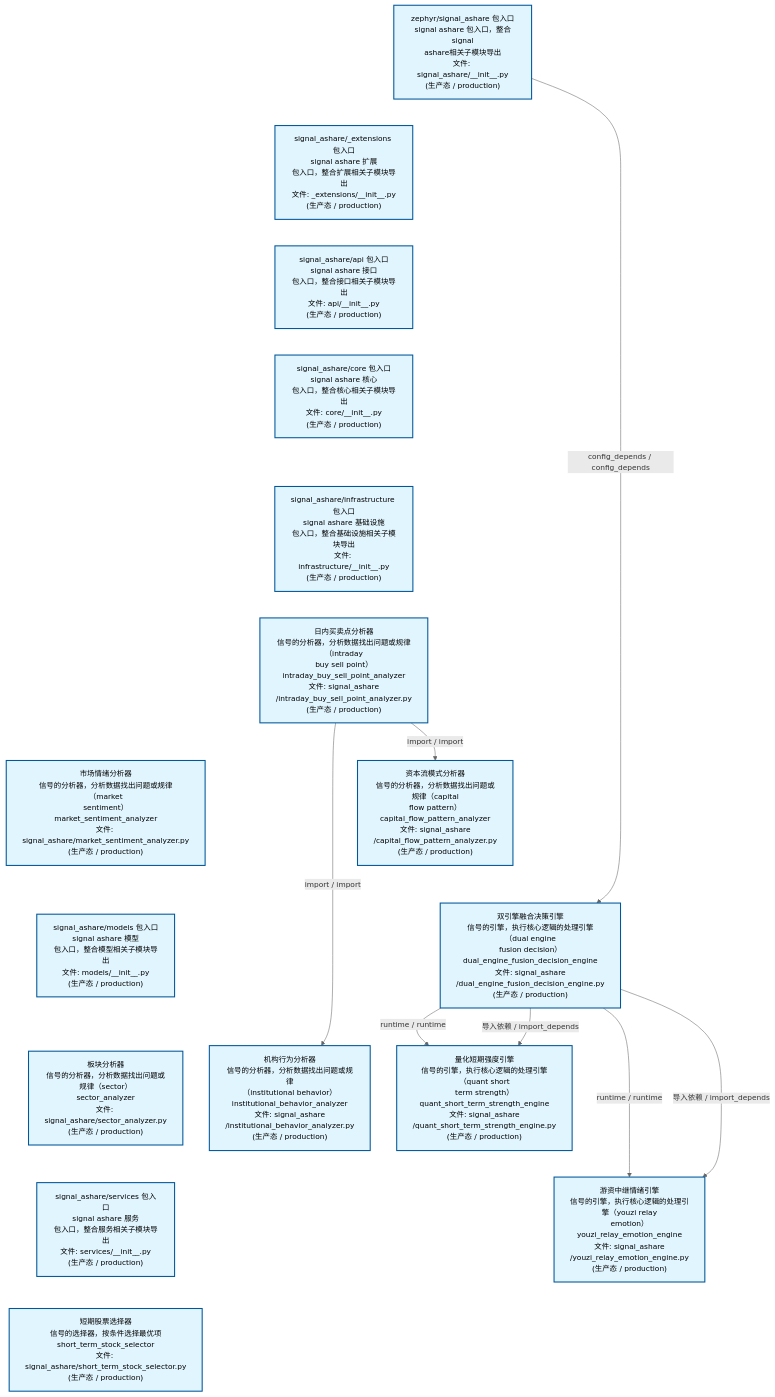
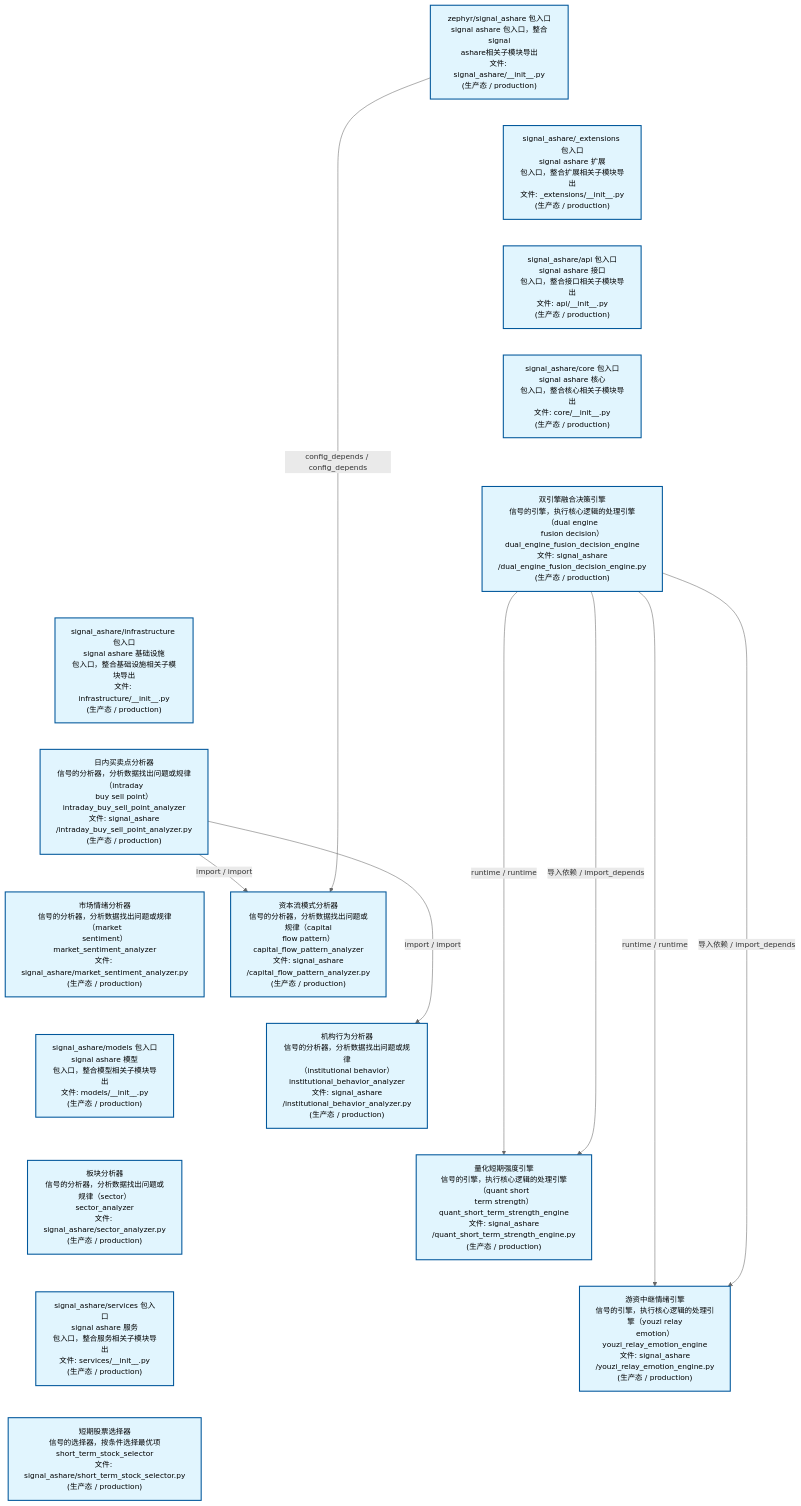
One commit to xuanFelixVan/ZephyrAlpha changed the second of 4 diagrams in docs/02_enterprise_architecture/02_domain_architecture_docs/32_d_ashare_signal.md. Above: the diagram before and after it, drawn with Mermaid. The commit also changed other lines of this file and 49 other files, not shown here.

````diff
--- a/docs/02_enterprise_architecture/02_domain_architecture_docs/32_d_ashare_signal.md
+++ b/docs/02_enterprise_architecture/02_domain_architecture_docs/32_d_ashare_signal.md
@@ -163,45 +163,46 @@
 ```mermaid
 %%{init: {'theme': 'base', 'themeVariables': {'primaryColor': '#eaeaea', 'primaryTextColor': '#333333', 'primaryBorderColor': '#666666', 'lineColor': '#666666', 'secondaryColor': '#eaeaea', 'tertiaryColor': '#eaeaea', 'fontSize': '14px'}}}%%
 flowchart TD
     src_zephyr_signal_ashare_init_py["zephyr/signal_ashare 包入口<br/>signal ashare 包入口，整合signal<br/>ashare相关子模块导出<br/>文件: signal_ashare/__init__.py<br/>(生产态 / production)"]
     src_zephyr_signal_ashare_extensions_init_py["signal_ashare/_extensions 包入口<br/>signal ashare 扩展<br/>包入口，整合扩展相关子模块导出<br/>文件: _extensions/__init__.py<br/>(生产态 / production)"]
     src_zephyr_signal_ashare_api_init_py["signal_ashare/api 包入口<br/>signal ashare 接口<br/>包入口，整合接口相关子模块导出<br/>文件: api/__init__.py<br/>(生产态 / production)"]
     src_zephyr_signal_ashare_core_init_py["signal_ashare/core 包入口<br/>signal ashare 核心<br/>包入口，整合核心相关子模块导出<br/>文件: core/__init__.py<br/>(生产态 / production)"]
+    src_zephyr_signal_ashare_dual_engine_fusion_decision_engine_py["双引擎融合决策引擎<br/>信号的引擎，执行核心逻辑的处理引擎（dual engine<br/>fusion decision）<br/>dual_engine_fusion_decision_engine<br/>文件: signal_ashare<br/>/dual_engine_fusion_decision_engine.py<br/>(生产态 / production)"]
     src_zephyr_signal_ashare_infrastructure_init_py["signal_ashare/infrastructure 包入口<br/>signal ashare 基础设施<br/>包入口，整合基础设施相关子模块导出<br/>文件: infrastructure/__init__.py<br/>(生产态 / production)"]
     src_zephyr_signal_ashare_intraday_buy_sell_point_analyzer_py["日内买卖点分析器<br/>信号的分析器，分析数据找出问题或规律（intraday<br/>buy sell point）<br/>intraday_buy_sell_point_analyzer<br/>文件: signal_ashare<br/>/intraday_buy_sell_point_analyzer.py<br/>(生产态 / production)"]
     src_zephyr_signal_ashare_market_sentiment_analyzer_py["市场情绪分析器<br/>信号的分析器，分析数据找出问题或规律（market<br/>sentiment）<br/>market_sentiment_analyzer<br/>文件: signal_ashare/market_sentiment_analyzer.py<br/>(生产态 / production)"]
     src_zephyr_signal_ashare_models_init_py["signal_ashare/models 包入口<br/>signal ashare 模型<br/>包入口，整合模型相关子模块导出<br/>文件: models/__init__.py<br/>(生产态 / production)"]
     src_zephyr_signal_ashare_sector_analyzer_py["板块分析器<br/>信号的分析器，分析数据找出问题或规律（sector）<br/>sector_analyzer<br/>文件: signal_ashare/sector_analyzer.py<br/>(生产态 / production)"]
     src_zephyr_signal_ashare_services_init_py["signal_ashare/services 包入口<br/>signal ashare 服务<br/>包入口，整合服务相关子模块导出<br/>文件: services/__init__.py<br/>(生产态 / production)"]
     src_zephyr_signal_ashare_short_term_stock_selector_py["短期股票选择器<br/>信号的选择器，按条件选择最优项<br/>short_term_stock_selector<br/>文件: signal_ashare/short_term_stock_selector.py<br/>(生产态 / production)"]
     src_zephyr_signal_ashare_init_py ~~~ src_zephyr_signal_ashare_extensions_init_py
     src_zephyr_signal_ashare_extensions_init_py ~~~ src_zephyr_signal_ashare_api_init_py
     src_zephyr_signal_ashare_api_init_py ~~~ src_zephyr_signal_ashare_core_init_py
-    src_zephyr_signal_ashare_core_init_py ~~~ src_zephyr_signal_ashare_infrastructure_init_py
+    src_zephyr_signal_ashare_core_init_py ~~~ src_zephyr_signal_ashare_dual_engine_fusion_decision_engine_py
+    src_zephyr_signal_ashare_dual_engine_fusion_decision_engine_py ~~~ src_zephyr_signal_ashare_infrastructure_init_py
     src_zephyr_signal_ashare_infrastructure_init_py ~~~ src_zephyr_signal_ashare_intraday_buy_sell_point_analyzer_py
     src_zephyr_signal_ashare_intraday_buy_sell_point_analyzer_py ~~~ src_zephyr_signal_ashare_market_sentiment_analyzer_py
     src_zephyr_signal_ashare_market_sentiment_analyzer_py ~~~ src_zephyr_signal_ashare_models_init_py
     src_zephyr_signal_ashare_models_init_py ~~~ src_zephyr_signal_ashare_sector_analyzer_py
     src_zephyr_signal_ashare_sector_analyzer_py ~~~ src_zephyr_signal_ashare_services_init_py
     src_zephyr_signal_ashare_services_init_py ~~~ src_zephyr_signal_ashare_short_term_stock_selector_py
     src_zephyr_signal_ashare_capital_flow_pattern_analyzer_py["资本流模式分析器<br/>信号的分析器，分析数据找出问题或规律（capital<br/>flow pattern）<br/>capital_flow_pattern_analyzer<br/>文件: signal_ashare<br/>/capital_flow_pattern_analyzer.py<br/>(生产态 / production)"]
-    src_zephyr_signal_ashare_dual_engine_fusion_decision_engine_py["双引擎融合决策引擎<br/>信号的引擎，执行核心逻辑的处理引擎（dual engine<br/>fusion decision）<br/>dual_engine_fusion_decision_engine<br/>文件: signal_ashare<br/>/dual_engine_fusion_decision_engine.py<br/>(生产态 / production)"]
     src_zephyr_signal_ashare_institutional_behavior_analyzer_py["机构行为分析器<br/>信号的分析器，分析数据找出问题或规律<br/>（institutional behavior）<br/>institutional_behavior_analyzer<br/>文件: signal_ashare<br/>/institutional_behavior_analyzer.py<br/>(生产态 / production)"]
-    src_zephyr_signal_ashare_capital_flow_pattern_analyzer_py ~~~ src_zephyr_signal_ashare_dual_engine_fusion_decision_engine_py
-    src_zephyr_signal_ashare_dual_engine_fusion_decision_engine_py ~~~ src_zephyr_signal_ashare_institutional_behavior_analyzer_py
     src_zephyr_signal_ashare_quant_short_term_strength_engine_py["量化短期强度引擎<br/>信号的引擎，执行核心逻辑的处理引擎（quant short<br/>term strength）<br/>quant_short_term_strength_engine<br/>文件: signal_ashare<br/>/quant_short_term_strength_engine.py<br/>(生产态 / production)"]
     src_zephyr_signal_ashare_youzi_relay_emotion_engine_py["游资中继情绪引擎<br/>信号的引擎，执行核心逻辑的处理引擎（youzi relay<br/>emotion）<br/>youzi_relay_emotion_engine<br/>文件: signal_ashare<br/>/youzi_relay_emotion_engine.py<br/>(生产态 / production)"]
+    src_zephyr_signal_ashare_capital_flow_pattern_analyzer_py ~~~ src_zephyr_signal_ashare_institutional_behavior_analyzer_py
+    src_zephyr_signal_ashare_institutional_behavior_analyzer_py ~~~ src_zephyr_signal_ashare_quant_short_term_strength_engine_py
     src_zephyr_signal_ashare_quant_short_term_strength_engine_py ~~~ src_zephyr_signal_ashare_youzi_relay_emotion_engine_py
+    src_zephyr_signal_ashare_dual_engine_fusion_decision_engine_py -->|runtime / runtime| src_zephyr_signal_ashare_quant_short_term_strength_engine_py
+    src_zephyr_signal_ashare_dual_engine_fusion_decision_engine_py -->|导入依赖 / import_depends| src_zephyr_signal_ashare_quant_short_term_strength_engine_py
     src_zephyr_signal_ashare_dual_engine_fusion_decision_engine_py -->|runtime / runtime| src_zephyr_signal_ashare_youzi_relay_emotion_engine_py
     src_zephyr_signal_ashare_dual_engine_fusion_decision_engine_py -->|导入依赖 / import_depends| src_zephyr_signal_ashare_youzi_relay_emotion_engine_py
-    src_zephyr_signal_ashare_dual_engine_fusion_decision_engine_py -->|runtime / runtime| src_zephyr_signal_ashare_quant_short_term_strength_engine_py
-    src_zephyr_signal_ashare_dual_engine_fusion_decision_engine_py -->|导入依赖 / import_depends| src_zephyr_signal_ashare_quant_short_term_strength_engine_py
-    src_zephyr_signal_ashare_init_py -->|config_depends / config_depends| src_zephyr_signal_ashare_dual_engine_fusion_decision_engine_py
     src_zephyr_signal_ashare_intraday_buy_sell_point_analyzer_py -->|import / import| src_zephyr_signal_ashare_capital_flow_pattern_analyzer_py
     src_zephyr_signal_ashare_intraday_buy_sell_point_analyzer_py -->|import / import| src_zephyr_signal_ashare_institutional_behavior_analyzer_py
+    src_zephyr_signal_ashare_init_py -->|config_depends / config_depends| src_zephyr_signal_ashare_capital_flow_pattern_analyzer_py
     classDef production fill:#e1f5fe,stroke:#01579b,stroke-width:2px,color:#000
     classDef design fill:#fff3e0,stroke:#e65100,stroke-width:2px,color:#000,stroke-dasharray: 5 5
     classDef external_prod fill:#e8f4fd,stroke:#0277bd,stroke-width:1px,color:#000
     classDef external_design fill:#fff8e7,stroke:#ef6c00,stroke-width:1px,color:#000,stroke-dasharray: 5 5
     class src_zephyr_signal_ashare_init_py,src_zephyr_signal_ashare_extensions_init_py,src_zephyr_signal_ashare_api_init_py,src_zephyr_signal_ashare_capital_flow_pattern_analyzer_py,src_zephyr_signal_ashare_core_init_py,src_zephyr_signal_ashare_dual_engine_fusion_decision_engine_py,src_zephyr_signal_ashare_infrastructure_init_py,src_zephyr_signal_ashare_institutional_behavior_analyzer_py,src_zephyr_signal_ashare_intraday_buy_sell_point_analyzer_py,src_zephyr_signal_ashare_market_sentiment_analyzer_py,src_zephyr_signal_ashare_models_init_py,src_zephyr_signal_ashare_quant_short_term_strength_engine_py,src_zephyr_signal_ashare_sector_analyzer_py,src_zephyr_signal_ashare_services_init_py,src_zephyr_signal_ashare_short_term_stock_selector_py,src_zephyr_signal_ashare_youzi_relay_emotion_engine_py production
 ```
````
